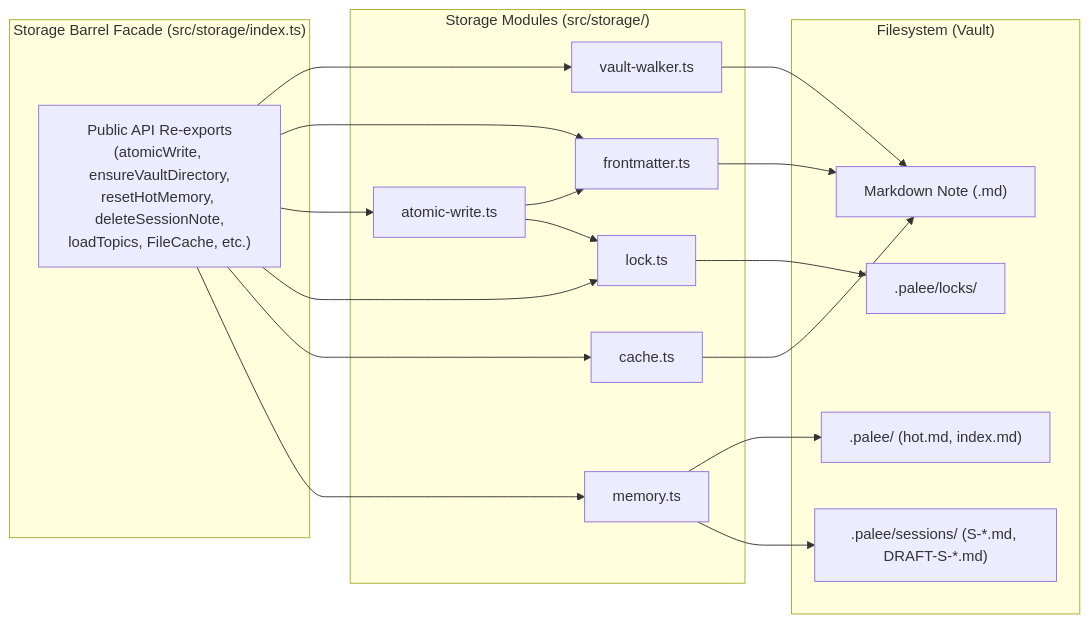
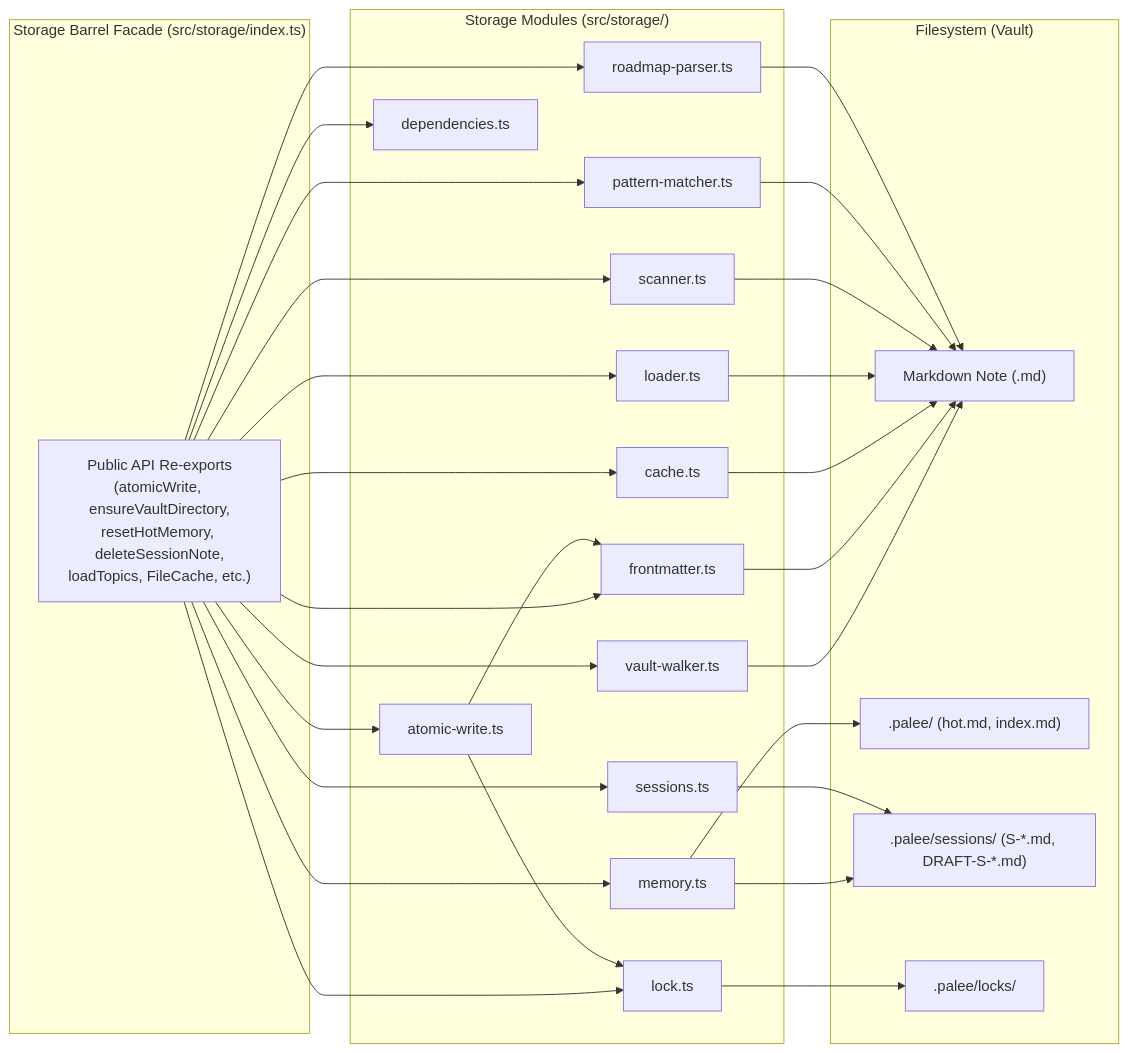
The first of 2 diagrams in docs/04-0-storage-layer.md (Kuldeep2822k/cli), drawn with Mermaid before and after one commit. The commit also changed 21 other files, not shown here.

Commit message:
docs: resolve documentation audit drift, navigation gaps, and diagram layouts

````diff
--- a/docs/04-0-storage-layer.md
+++ b/docs/04-0-storage-layer.md
@@ -36,29 +36,40 @@
 ```mermaid
 flowchart LR
     subgraph subGraphFacade ["Storage Barrel Facade (src/storage/index.ts)"]
         Facade["Public API Re-exports<br/>(atomicWrite, ensureVaultDirectory,<br/>resetHotMemory, deleteSessionNote,<br/>loadTopics, FileCache, etc.)"]
     end
     subgraph subGraph1 ["Storage Modules (src/storage/)"]
         VW["vault-walker.ts"]
         FM["frontmatter.ts"]
         AW["atomic-write.ts"]
         LC["lock.ts"]
         CH["cache.ts"]
         MEM["memory.ts"]
+        LD["loader.ts"]
+        SC["scanner.ts"]
+        PM["pattern-matcher.ts"]
+        RP["roadmap-parser.ts"]
+        DP["dependencies.ts"]
+        SS["sessions.ts"]
     end
     subgraph subGraph0 ["Filesystem (Vault)"]
         Note["Markdown Note (.md)"]
         PaleeDir[".palee/ (hot.md, index.md)"]
         SessionsDir[".palee/sessions/ (S-*.md, DRAFT-S-*.md)"]
         LockDir[".palee/locks/"]
     end
     
-    Facade --> VW & FM & AW & LC & CH & MEM
+    Facade --> VW & FM & AW & LC & CH & MEM & LD & SC & PM & RP & DP & SS
     VW --> Note
     FM --> Note
     AW --> FM
     AW --> LC
     LC --> LockDir
     CH --> Note
     MEM --> PaleeDir & SessionsDir
+    LD --> Note
+    SC --> Note
+    PM --> Note
+    RP --> Note
+    SS --> SessionsDir
 ```
````
